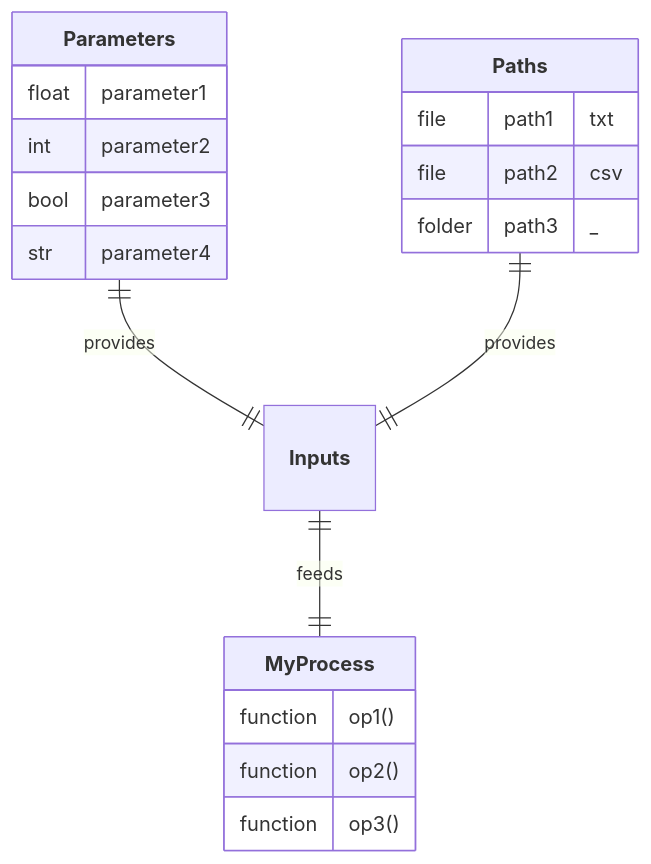
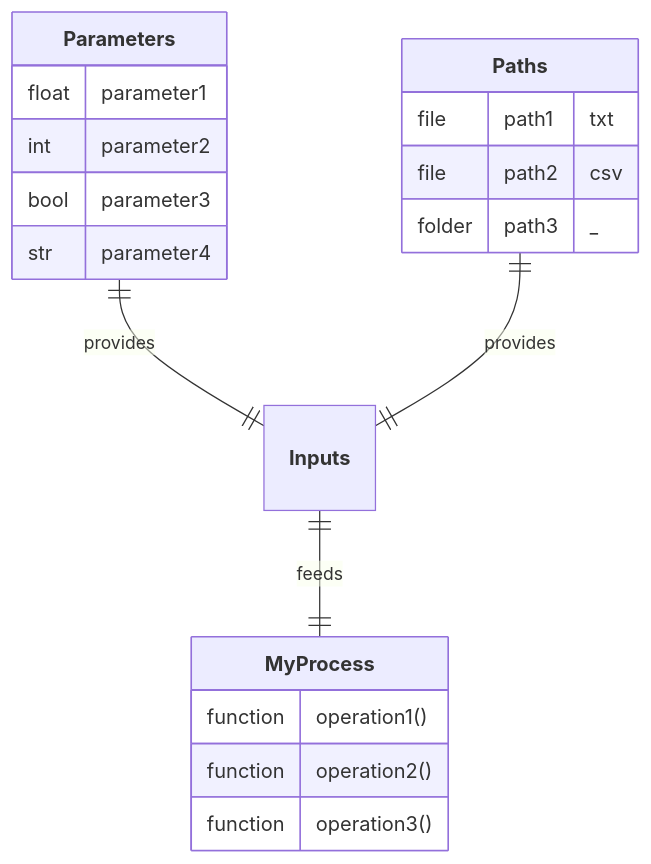
Before and after one commit to nuremics/nuremics: the second of 4 diagrams in README.md, drawn with Mermaid. The commit also changed other lines of this file, not shown here.

````diff
--- a/README.md
+++ b/README.md
@@ -101,23 +101,23 @@
 ```mermaid
 erDiagram
   **Parameters** ||--|| **Inputs** : provides
   **Paths** ||--|| **Inputs** : provides
   **Inputs** ||--|| **MyProcess** : feeds
 
   **Parameters** {
     float parameter1
     int parameter2
     bool parameter3
     str parameter4
   }
   **Paths** {
     file path1 "txt"
     file path2 "csv"
     folder path3 "_"
   }
   **MyProcess** {
-    function op1()
-    function op2()
-    function op3()
+    function operation1()
+    function operation2()
+    function operation3()
   }
 ```
````
